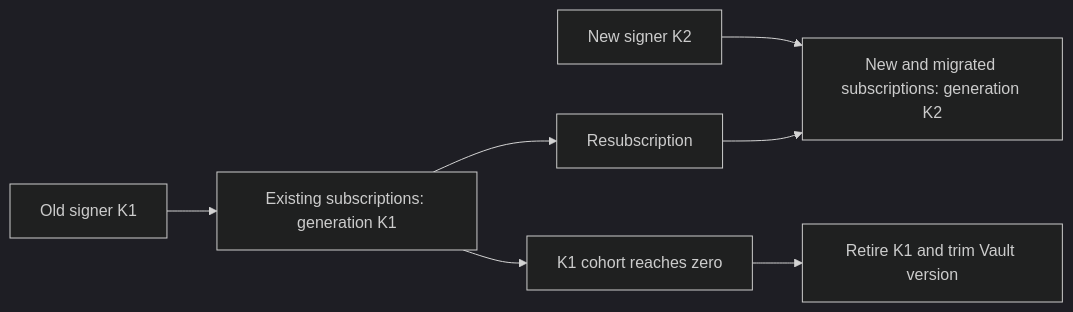
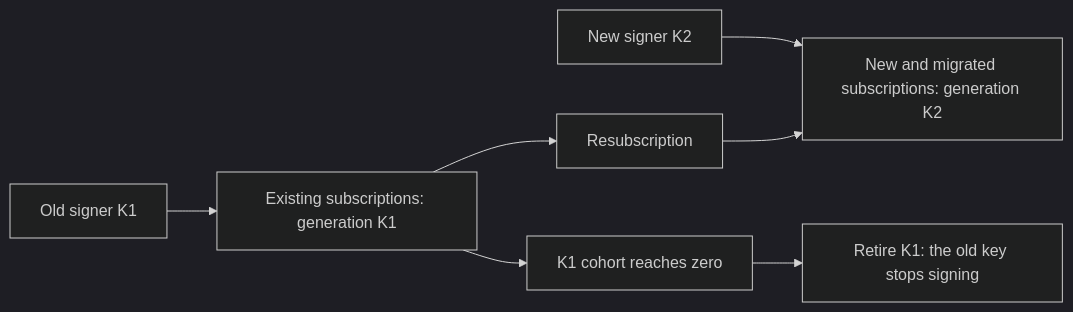
The diagram in docs/VAPID-KEY-ROTATION.md (the13haven/push2u), drawn with Mermaid (dark theme) before and after one commit. The commit also changed other lines of this file and 1 other file, not shown here.

````diff
--- a/docs/VAPID-KEY-ROTATION.md
+++ b/docs/VAPID-KEY-ROTATION.md
@@ -246,9 +246,9 @@
 ```mermaid
 flowchart LR
     A["Old signer K1"] --> B["Existing subscriptions: generation K1"]
     C["New signer K2"] --> D["New and migrated subscriptions: generation K2"]
     B --> E["Resubscription"]
     E --> D
     B --> F["K1 cohort reaches zero"]
-    F --> G["Retire K1 and trim Vault version"]
+    F --> G["Retire K1: the old key stops signing"]
 ```
````
